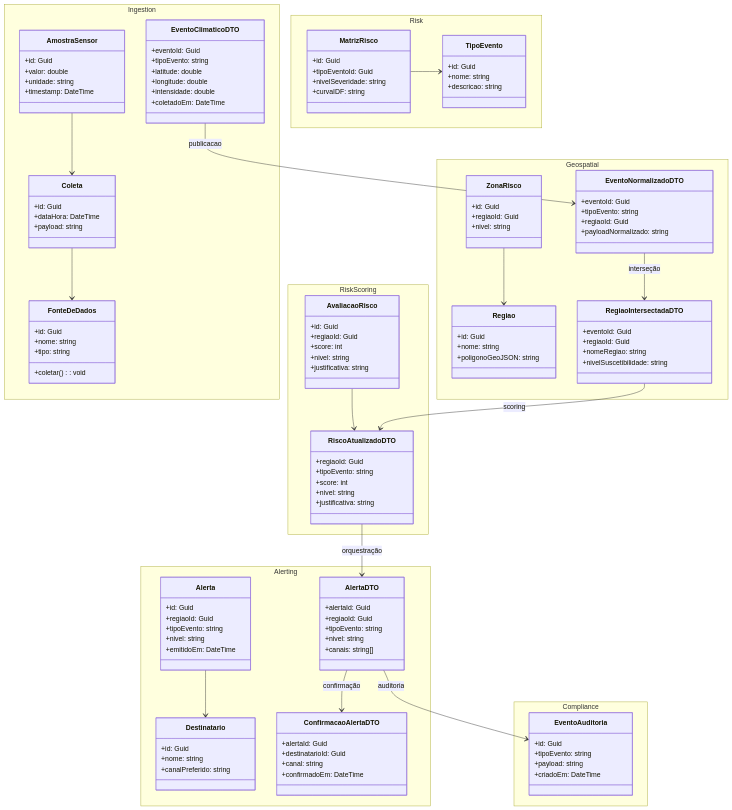
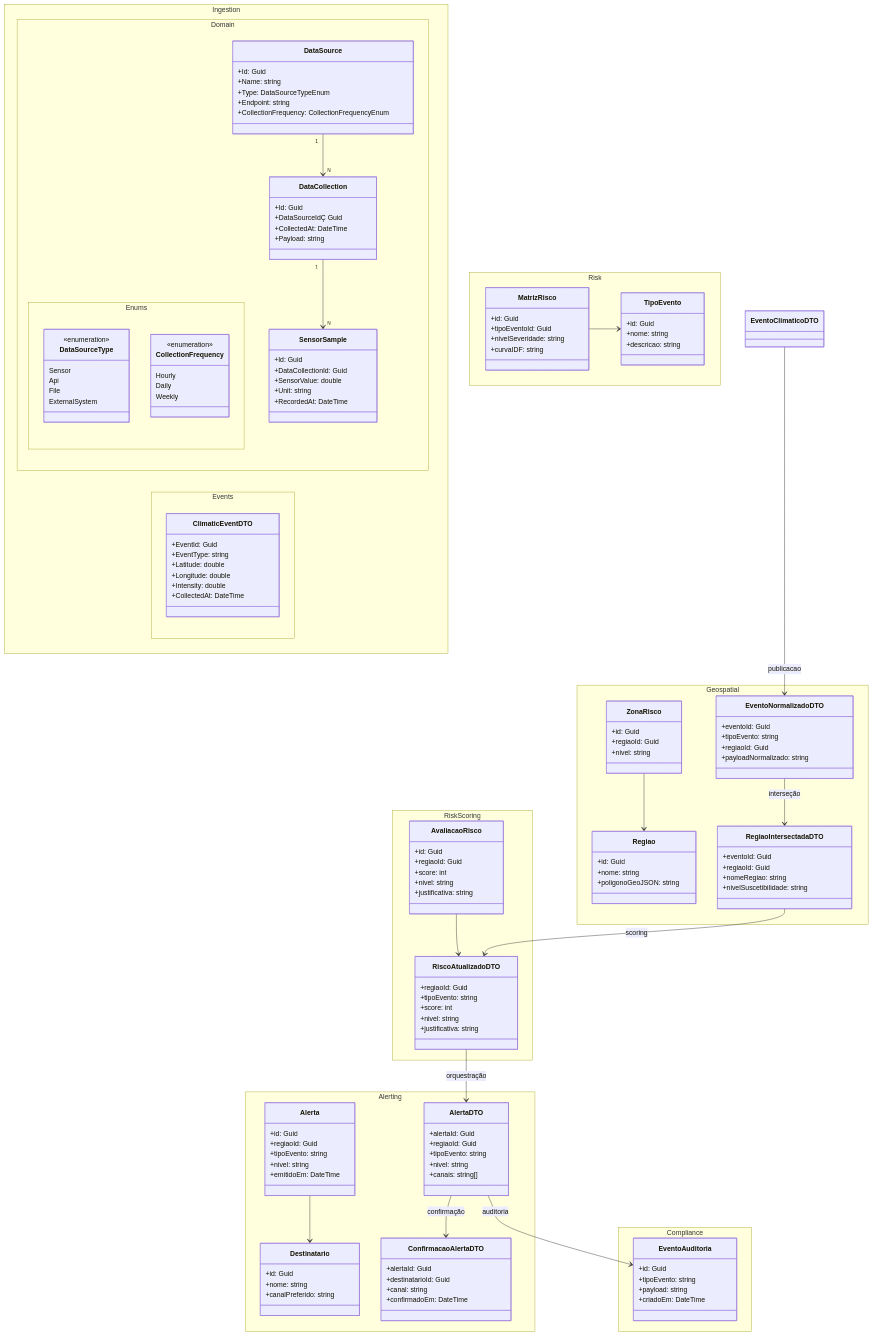
The diagram in docs/diagrams/entity.mmd (murilonicemento/sentinel), drawn with Mermaid before and after one commit.

Commit message:
fix: change ingestion services entities

```diff
--- a/docs/diagrams/entity.mmd
+++ b/docs/diagrams/entity.mmd
@@ -1,161 +1,190 @@
 classDiagram
 %% =====================
 %% Namespace: Ingestion
 %% =====================
-namespace Ingestion {
-  class FonteDeDados {
-    +id: Guid
-    +nome: string
-    +tipo: string
-    +coletar(): void
+%% Domain / Persistence Namespace
+namespace Ingestion.Domain {
+  class DataSource {
+    +Id: Guid
+    +Name: string
+    +Type: DataSourceTypeEnum
+    +Endpoint: string
+    +CollectionFrequency: CollectionFrequencyEnum
   }
-  class Coleta {
-    +id: Guid
-    +dataHora: DateTime
-    +payload: string
+
+  class DataCollection {
+    +Id: Guid
+    +DataSourceIdÇ Guid
+    +CollectedAt: DateTime
+    +Payload: string
   }
-  class AmostraSensor {
-    +id: Guid
-    +valor: double
-    +unidade: string
-    +timestamp: DateTime
-  }
-  class EventoClimaticoDTO {
-    +eventoId: Guid
-    +tipoEvento: string
-    +latitude: double
-    +longitude: double
-    +intensidade: double
-    +coletadoEm: DateTime
+
+  class SensorSample {
+    +Id: Guid
+    +DataCollectionId: Guid
+    +SensorValue: double
+    +Unit: string
+    +RecordedAt: DateTime
   }
 }
 
-Coleta --> FonteDeDados
-AmostraSensor --> Coleta
+%% Relações de aggregate
+DataSource "1" --> "N" DataCollection
+DataCollection "1" --> "N" SensorSample
+
+%% Enums
+namespace Ingestion.Domain.Enums {
+  class DataSourceType {
+    <<enumeration>>
+    Sensor
+    Api
+    File
+    ExternalSystem
+  }
+
+  class CollectionFrequency {
+    <<enumeration>>
+    Hourly
+    Daily
+    Weekly
+  }
+}
+
+%% Namespace de eventos (publicados para downstream)
+namespace Ingestion.Events {
+    class ClimaticEventDTO {
+      +EventId: Guid
+      +EventType: string
+      +Latitude: double
+      +Longitude: double
+      +Intensity: double
+      +CollectedAt: DateTime
+    }
+}
 
 %% =====================
 %% Namespace: Geospatial
 %% =====================
 namespace Geospatial {
   class Regiao {
     +id: Guid
     +nome: string
     +poligonoGeoJSON: string
   }
   class ZonaRisco {
     +id: Guid
     +regiaoId: Guid
     +nivel: string
   }
   class EventoNormalizadoDTO {
     +eventoId: Guid
     +tipoEvento: string
     +regiaoId: Guid
     +payloadNormalizado: string
   }
   class RegiaoIntersectadaDTO {
     +eventoId: Guid
     +regiaoId: Guid
     +nomeRegiao: string
     +nivelSuscetibilidade: string
   }
 }
 
 ZonaRisco --> Regiao
 
 %% =====================
 %% Namespace: Risk
 %% =====================
 namespace Risk {
   class TipoEvento {
     +id: Guid
     +nome: string
     +descricao: string
   }
   class MatrizRisco {
     +id: Guid
     +tipoEventoId: Guid
     +nivelSeveridade: string
     +curvaIDF: string
   }
 }
 
 MatrizRisco --> TipoEvento
 
 %% =====================
 %% Namespace: RiskScoring
 %% =====================
 namespace RiskScoring {
   class AvaliacaoRisco {
     +id: Guid
     +regiaoId: Guid
     +score: int
     +nivel: string
     +justificativa: string
   }
   class RiscoAtualizadoDTO {
     +regiaoId: Guid
     +tipoEvento: string
     +score: int
     +nivel: string
     +justificativa: string
   }
 }
 
 AvaliacaoRisco --> RiscoAtualizadoDTO
 
 %% =====================
 %% Namespace: Alerting
 %% =====================
 namespace Alerting {
   class Alerta {
     +id: Guid
     +regiaoId: Guid
     +tipoEvento: string
     +nivel: string
     +emitidoEm: DateTime
   }
   class Destinatario {
     +id: Guid
     +nome: string
     +canalPreferido: string
   }
   class AlertaDTO {
     +alertaId: Guid
     +regiaoId: Guid
     +tipoEvento: string
     +nivel: string
     +canais: string[]
   }
   class ConfirmacaoAlertaDTO {
     +alertaId: Guid
     +destinatarioId: Guid
     +canal: string
     +confirmadoEm: DateTime
   }
 
 }
 
 Alerta --> Destinatario
 
 %% =====================
 %% Namespace: Compliance
 %% =====================
 namespace Compliance {
   class EventoAuditoria {
     +id: Guid
     +tipoEvento: string
     +payload: string
     +criadoEm: DateTime
   }
 }
 
 %% =====================
 %% Dependências / Fluxo de Eventos
 %% =====================
 EventoClimaticoDTO --> EventoNormalizadoDTO : publicacao
 EventoNormalizadoDTO --> RegiaoIntersectadaDTO : interseção
 RegiaoIntersectadaDTO --> RiscoAtualizadoDTO : scoring
 RiscoAtualizadoDTO --> AlertaDTO : orquestração
 AlertaDTO --> ConfirmacaoAlertaDTO : confirmação
 AlertaDTO --> EventoAuditoria : auditoria
```
